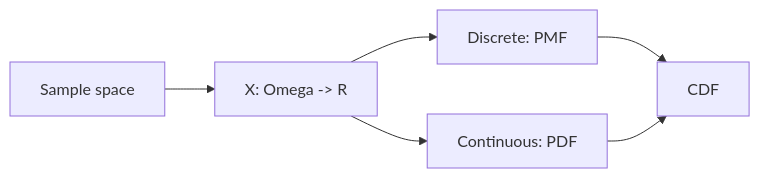
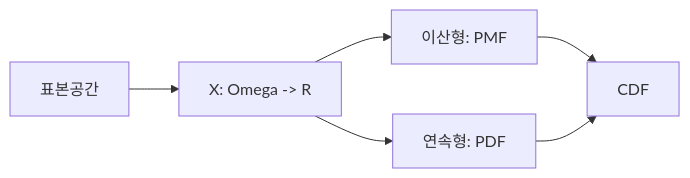
The diagram in content/probability-101/ko/05-random-variables.md (yeongseon-books/book-content), drawn with Mermaid before and after one commit. The commit also changed other lines of this file and 9 other files, not shown here.

````diff
--- a/content/probability-101/ko/05-random-variables.md
+++ b/content/probability-101/ko/05-random-variables.md
@@ -35,8 +51,8 @@
 ```mermaid
 flowchart LR
-    Sample["Sample space"] --> RV["X: Omega -> R"]
-    RV --> Discrete["Discrete: PMF"]
-    RV --> Cont["Continuous: PDF"]
+    Sample["표본공간"] --> RV["X: Omega -> R"]
+    RV --> Discrete["이산형: PMF"]
+    RV --> Cont["연속형: PDF"]
     Discrete --> CDF["CDF"]
     Cont --> CDF
 ```
````
